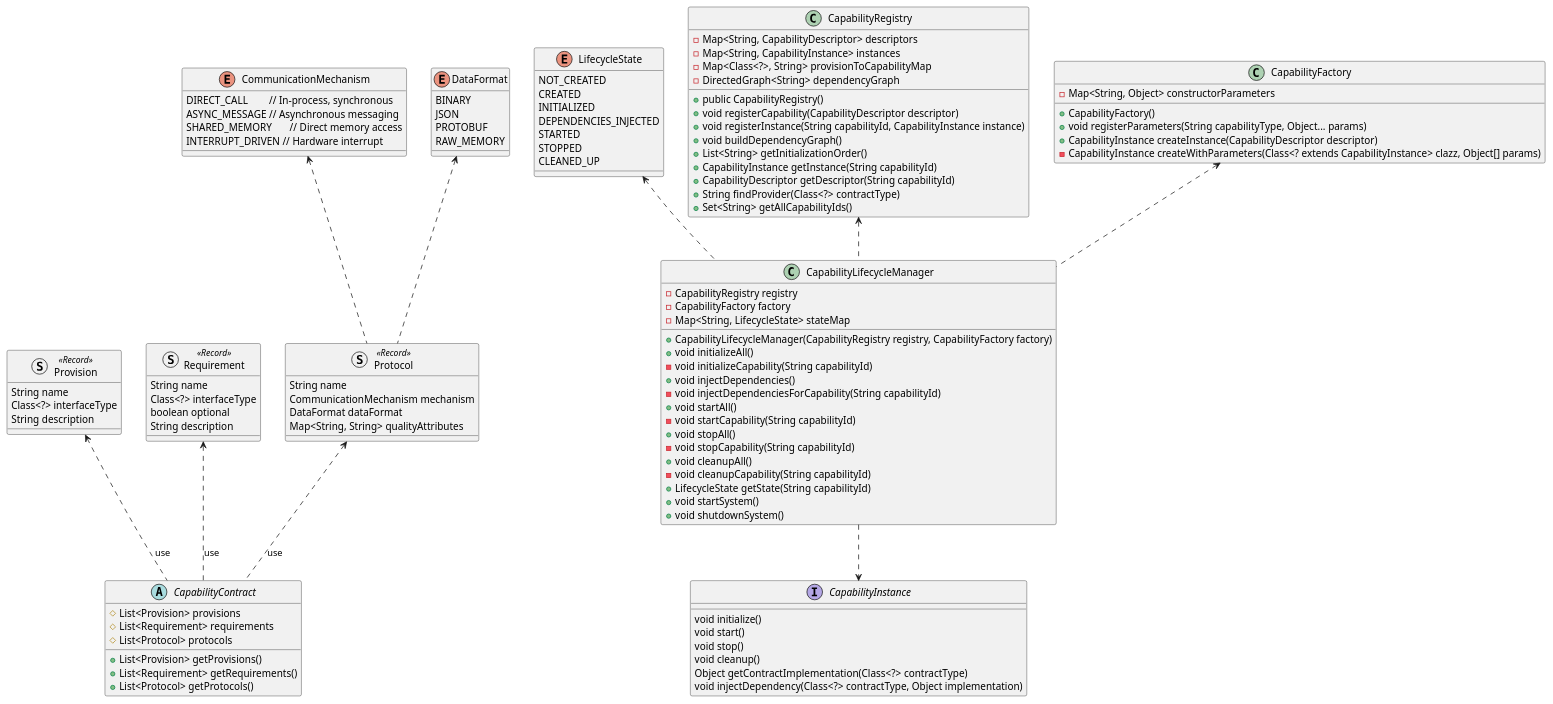
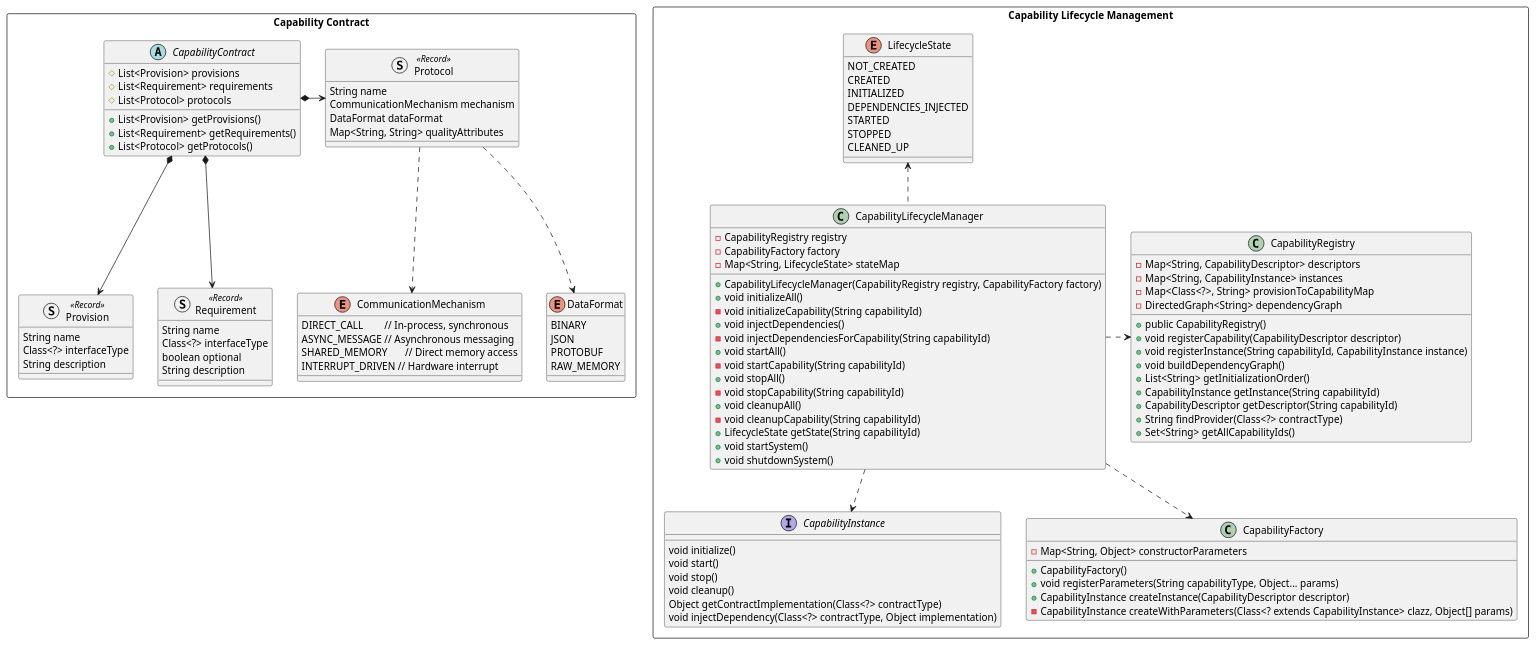
Before and after one commit to ede-zalar/CapabilityCentricArchitecture: the diagram in CCA-core.puml, drawn with PlantUML.

Commit message:
Some re-arranging

```diff
--- a/CCA-core.puml
+++ b/CCA-core.puml
@@ -1,113 +1,118 @@
-@startuml Core Elements of CCA v0.2
+@startuml cca-core-elements-v0.2
 
-' Provision - Represents an interface provided by a capability
-struct Provision <<Record>> {
-	String name
-	Class<?> interfaceType
-	String description
-}
-' Requirement - Represents an interface required by a capability
-struct Requirement <<Record>> {
-	String name
-	Class<?> interfaceType
-	boolean optional
-	String description
-}
-' Protocol - Describes how interaction occurs
-struct Protocol <<Record>> {
-	String name
-	CommunicationMechanism mechanism
-	DataFormat dataFormat
-	Map<String, String> qualityAttributes
-}
-enum CommunicationMechanism {
-	DIRECT_CALL 	// In-process, synchronous
-	ASYNC_MESSAGE	// Asynchronous messaging
-	SHARED_MEMORY	// Direct memory access
-	INTERRUPT_DRIVEN // Hardware interrupt
-}
-enum DataFormat {
-	BINARY
-	JSON
-	PROTOBUF
-	RAW_MEMORY
-}
-abstract class CapabilityContract {
-	#List<Provision> provisions
-	#List<Requirement> requirements
-	#List<Protocol> protocols
-	+List<Provision> getProvisions()
-	+List<Requirement> getRequirements()
-	+List<Protocol> getProtocols()
-}
-CommunicationMechanism <.. Protocol
-DataFormat <.. Protocol
-Provision <.. CapabilityContract : use
-Requirement <.. CapabilityContract : use
-Protocol <.. CapabilityContract : use
-
-enum LifecycleState {
-	NOT_CREATED
-	CREATED
-	INITIALIZED
-	DEPENDENCIES_INJECTED
-	STARTED
-	STOPPED
-	CLEANED_UP
+rectangle "Capability Contract" {
+	abstract class CapabilityContract {
+		#List<Provision> provisions
+		#List<Requirement> requirements
+		#List<Protocol> protocols
+		+List<Provision> getProvisions()
+		+List<Requirement> getRequirements()
+		+List<Protocol> getProtocols()
+	}
+	' Provision - Represents an interface provided by a capability
+	struct Provision <<Record>> {
+		String name
+		Class<?> interfaceType
+		String description
+	}
+	' Requirement - Represents an interface required by a capability
+	struct Requirement <<Record>> {
+		String name
+		Class<?> interfaceType
+		boolean optional
+		String description
+	}
+	' Protocol - Describes how interaction occurs
+	struct Protocol <<Record>> {
+		String name
+		CommunicationMechanism mechanism
+		DataFormat dataFormat
+		Map<String, String> qualityAttributes
+	}
+	enum CommunicationMechanism {
+		DIRECT_CALL 	// In-process, synchronous
+		ASYNC_MESSAGE	// Asynchronous messaging
+		SHARED_MEMORY	// Direct memory access
+		INTERRUPT_DRIVEN // Hardware interrupt
+	}
+	enum DataFormat {
+		BINARY
+		JSON
+		PROTOBUF
+		RAW_MEMORY
+	}
+	' Relations of contract elements
+	CapabilityContract *--> Provision
+	CapabilityContract *--> Requirement
+	CapabilityContract *-right-> Protocol
+	Protocol ..> CommunicationMechanism
+	Protocol ..> DataFormat
 }
 
-interface CapabilityInstance {
-	void initialize()
-	void start()
-	void stop()
-	void cleanup()
-	Object getContractImplementation(Class<?> contractType)
-	void injectDependency(Class<?> contractType, Object implementation)
+rectangle "Capability Lifecycle Management" {
+	enum LifecycleState {
+		NOT_CREATED
+		CREATED
+		INITIALIZED
+		DEPENDENCIES_INJECTED
+		STARTED
+		STOPPED
+		CLEANED_UP
+	}
+
+	interface CapabilityInstance {
+		void initialize()
+		void start()
+		void stop()
+		void cleanup()
+		Object getContractImplementation(Class<?> contractType)
+		void injectDependency(Class<?> contractType, Object implementation)
+	}
+	class CapabilityRegistry {
+		-Map<String, CapabilityDescriptor> descriptors
+		-Map<String, CapabilityInstance> instances
+		-Map<Class<?>, String> provisionToCapabilityMap
+		-DirectedGraph<String> dependencyGraph
+		+public CapabilityRegistry()
+		+void registerCapability(CapabilityDescriptor descriptor)
+		+void registerInstance(String capabilityId, CapabilityInstance instance)
+		+void buildDependencyGraph()
+		+List<String> getInitializationOrder()
+		+CapabilityInstance getInstance(String capabilityId)
+		+CapabilityDescriptor getDescriptor(String capabilityId)
+		+String findProvider(Class<?> contractType)
+		+Set<String> getAllCapabilityIds()
+	}
+	class CapabilityFactory {
+		-Map<String, Object> constructorParameters
+		+CapabilityFactory()
+		+void registerParameters(String capabilityType, Object... params)
+		+CapabilityInstance createInstance(CapabilityDescriptor descriptor)
+		-CapabilityInstance createWithParameters(Class<? extends CapabilityInstance> clazz, Object[] params)
+	}
+	class CapabilityLifecycleManager {
+		-CapabilityRegistry registry
+		-CapabilityFactory factory
+		-Map<String, LifecycleState> stateMap
+		+CapabilityLifecycleManager(CapabilityRegistry registry, CapabilityFactory factory)
+		+void initializeAll()
+		-void initializeCapability(String capabilityId)
+		+void injectDependencies()
+		-void injectDependenciesForCapability(String capabilityId)
+		+void startAll()
+		-void startCapability(String capabilityId)
+		+void stopAll()
+		-void stopCapability(String capabilityId)
+		+void cleanupAll()
+		-void cleanupCapability(String capabilityId)
+		+LifecycleState getState(String capabilityId)
+		+void startSystem()
+		+void shutdownSystem()
+	}
+	LifecycleState <.. CapabilityLifecycleManager
+	CapabilityLifecycleManager .right.> CapabilityRegistry
+	CapabilityLifecycleManager ..> CapabilityFactory
+	CapabilityLifecycleManager ..> CapabilityInstance
 }
-class CapabilityRegistry {
-	-Map<String, CapabilityDescriptor> descriptors
-	-Map<String, CapabilityInstance> instances
-	-Map<Class<?>, String> provisionToCapabilityMap
-	-DirectedGraph<String> dependencyGraph
-	+public CapabilityRegistry()
-	+void registerCapability(CapabilityDescriptor descriptor)
-	+void registerInstance(String capabilityId, CapabilityInstance instance)
-	+void buildDependencyGraph()
-	+List<String> getInitializationOrder()
-	+CapabilityInstance getInstance(String capabilityId)
-	+CapabilityDescriptor getDescriptor(String capabilityId)
-	+String findProvider(Class<?> contractType)
-	+Set<String> getAllCapabilityIds()
-}
-class CapabilityFactory {
-	-Map<String, Object> constructorParameters
-	+CapabilityFactory()
-	+void registerParameters(String capabilityType, Object... params)
-	+CapabilityInstance createInstance(CapabilityDescriptor descriptor)
-	-CapabilityInstance createWithParameters(Class<? extends CapabilityInstance> clazz, Object[] params)
-}
-class CapabilityLifecycleManager {
-	-CapabilityRegistry registry
-	-CapabilityFactory factory
-	-Map<String, LifecycleState> stateMap
-	+CapabilityLifecycleManager(CapabilityRegistry registry, CapabilityFactory factory)
-	+void initializeAll()
-	-void initializeCapability(String capabilityId)
-	+void injectDependencies()
-	-void injectDependenciesForCapability(String capabilityId)
-	+void startAll()
-	-void startCapability(String capabilityId)
-	+void stopAll()
-	-void stopCapability(String capabilityId)
-	+void cleanupAll()
-	-void cleanupCapability(String capabilityId)
-	+LifecycleState getState(String capabilityId)
-	+void startSystem()
-	+void shutdownSystem()
-}
-LifecycleState <.. CapabilityLifecycleManager
-CapabilityRegistry <.. CapabilityLifecycleManager
-CapabilityFactory <.. CapabilityLifecycleManager
-CapabilityLifecycleManager ..> CapabilityInstance
 
 @enduml
```
